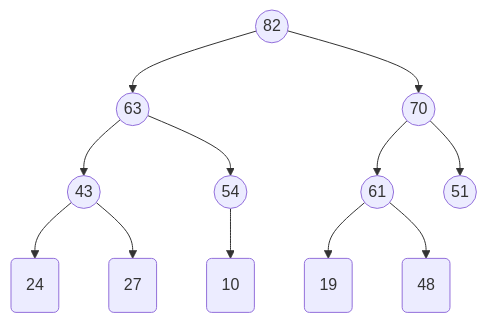
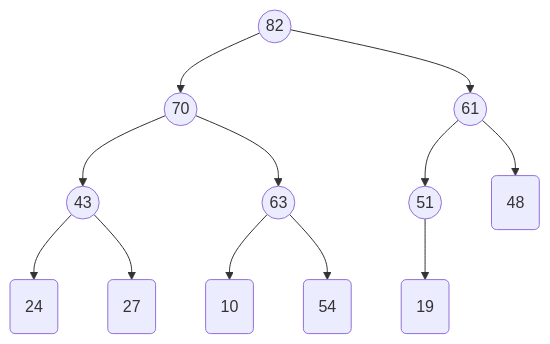
The first of 2 diagrams in sem3/A&D/UE/bf/A&D-bf-u05.md (bfeitknecht/vault), drawn with Mermaid before and after one commit. The commit also changed other lines of this file and 12 other files, not shown here.

````diff
--- a/sem3/A&D/UE/bf/A&D-bf-u05.md
+++ b/sem3/A&D/UE/bf/A&D-bf-u05.md
@@ -9,24 +12,29 @@
 ```mermaid
 graph TD
+
+classDef hidden display: none;
+S:::hidden
 
 id0((82))
 id1((63))
 id2((61))
 id3((43))
-id4((54))
+id4(54)
 id5(19)
 id6(48)
 id7(24)
 id8(27)
 id9(10)
 
 id10((70))
 id11((51))
 
-id0 --> id1 --> id3 & id4
-id0 --> id10
-id10 --> id2 & id11
-id2 --> id5 & id6
+id0 --> id10 
+id0 --> id2
+id10 --> id3 & id1
+id2 --> id11 & id6
 id3 --> id7 & id8
-id4 --> id9
+id1 --> id9 & id4
+id11 --> id5
+id6 ~~~ S
 ```
````
